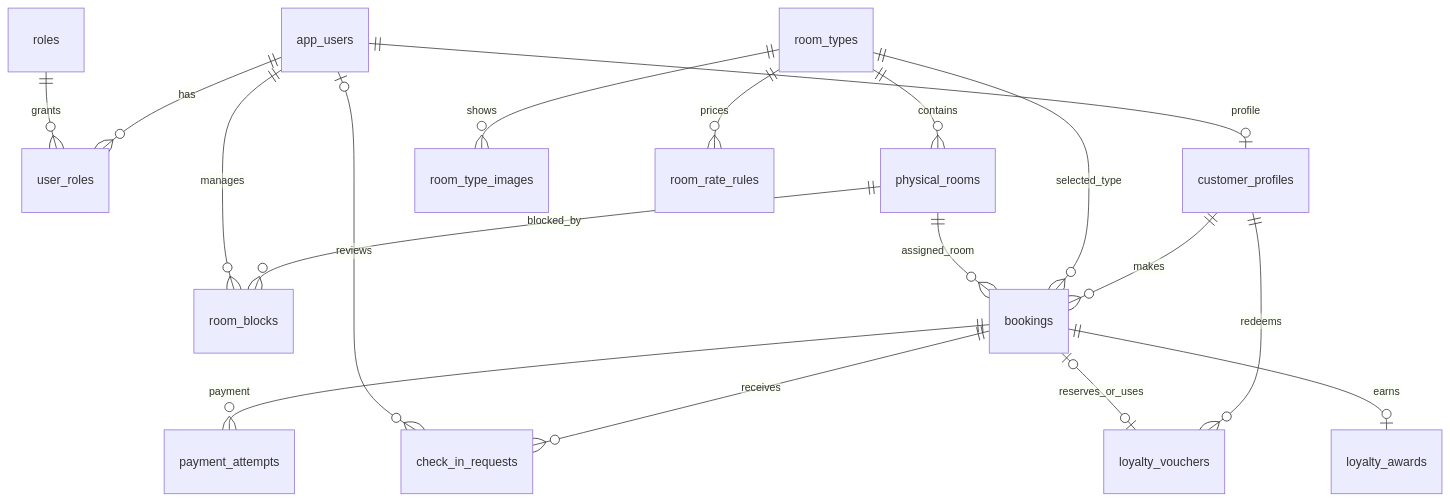
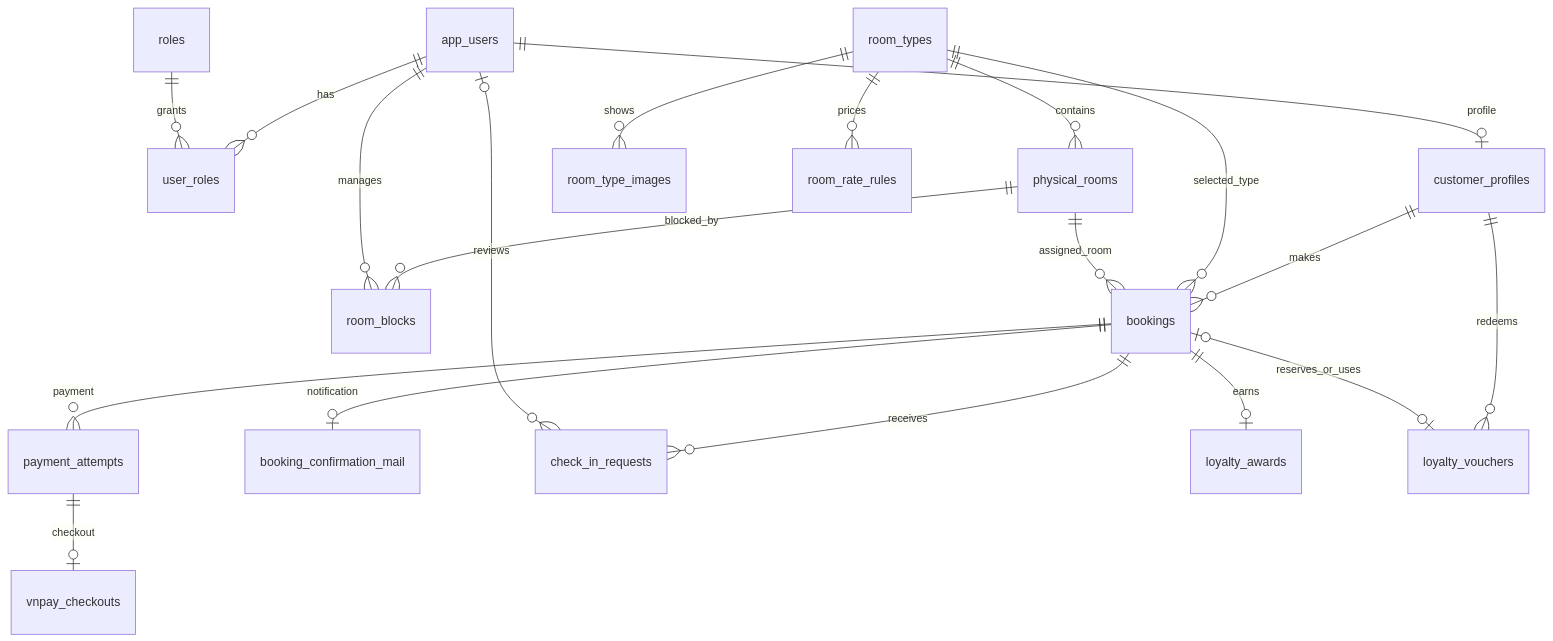
Before and after one commit to BaoLong108/Java03_Prj_HotelManagementSystem: the diagram in docs/database.md, drawn with Mermaid. The commit also changed other lines of this file and 16 other files, not shown here.

````diff
--- a/docs/database.md
+++ b/docs/database.md
@@ -7,20 +7,22 @@
 ```mermaid
 erDiagram
     app_users ||--o{ user_roles : has
     roles ||--o{ user_roles : grants
     app_users ||--o| customer_profiles : profile
     room_types ||--o{ physical_rooms : contains
     room_types ||--o{ room_type_images : shows
     room_types ||--o{ room_rate_rules : prices
     physical_rooms ||--o{ room_blocks : blocked_by
     app_users ||--o{ room_blocks : manages
     customer_profiles ||--o{ bookings : makes
     room_types ||--o{ bookings : selected_type
     physical_rooms ||--o{ bookings : assigned_room
     bookings ||--o{ payment_attempts : payment
+    payment_attempts ||--o| vnpay_checkouts : checkout
+    bookings ||--o| booking_confirmation_mail : notification
     bookings ||--o{ check_in_requests : receives
     app_users |o--o{ check_in_requests : reviews
     bookings ||--o| loyalty_awards : earns
     customer_profiles ||--o{ loyalty_vouchers : redeems
     bookings |o--o| loyalty_vouchers : reserves_or_uses
 ```
````
